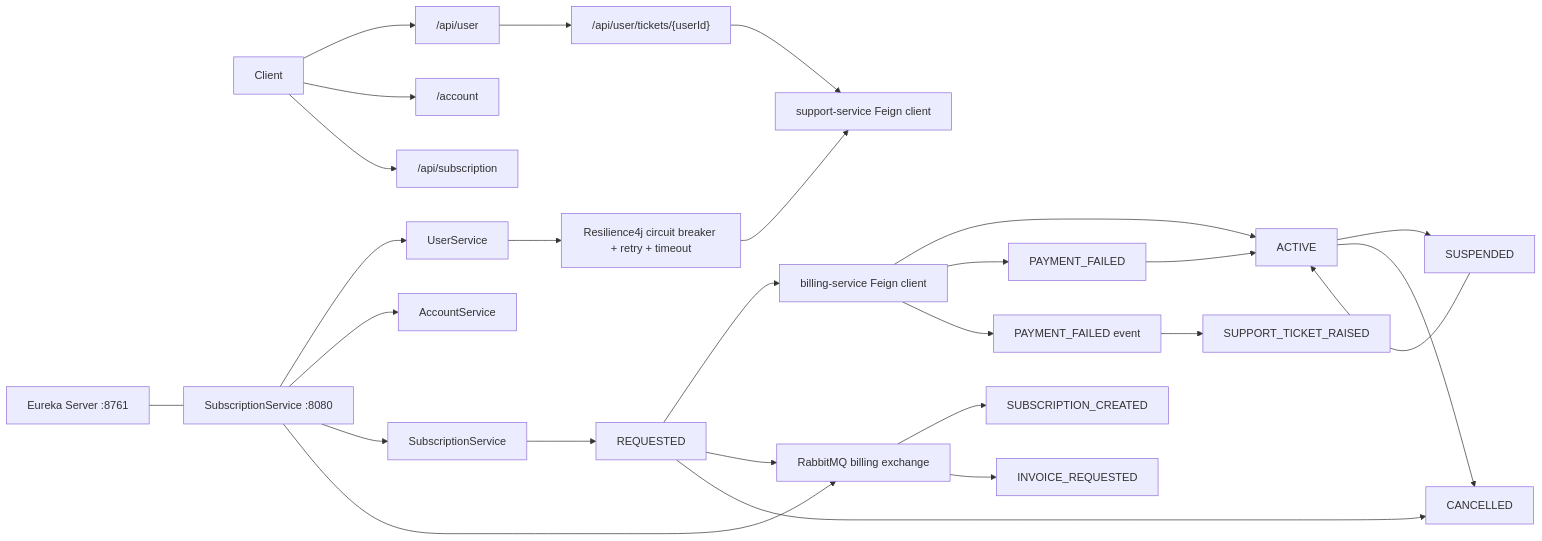
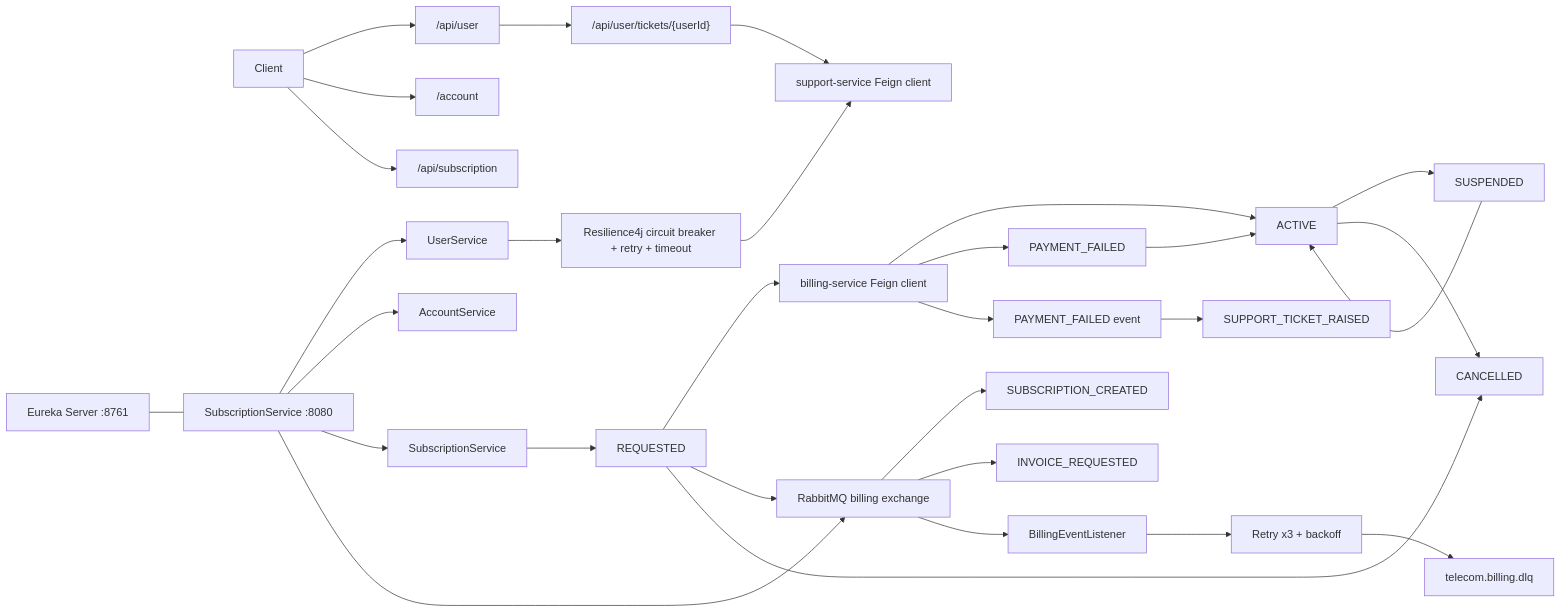
One commit to byte2code/telecom-subscription-service changed the diagram in README.md. Above: the diagram before and after it, drawn with Mermaid. The commit also changed other lines of this file and 6 other files, not shown here.

Commit message:
Add RabbitMQ retry and DLQ handling

````diff
--- a/README.md
+++ b/README.md
@@ -218,31 +236,34 @@
 ```mermaid
 flowchart LR
     Client[Client] --> UserAPI["/api/user"]
     Client --> AccountAPI["/account"]
     Client --> SubAPI["/api/subscription"]
 
     Eureka["Eureka Server :8761"] --- App["SubscriptionService :8080"]
     App --> UserService["UserService"]
     App --> AccountService["AccountService"]
     App --> SubService["SubscriptionService"]
     App --> Rabbit["RabbitMQ billing exchange"]
 
     SubService --> Requested["REQUESTED"]
     Requested --> BillingClient["billing-service Feign client"]
     Requested --> Rabbit
     Rabbit --> Created["SUBSCRIPTION_CREATED"]
     Rabbit --> Invoice["INVOICE_REQUESTED"]
+    Rabbit --> Listener["BillingEventListener"]
+    Listener --> Retry["Retry x3 + backoff"]
+    Retry --> DLQ["telecom.billing.dlq"]
     BillingClient --> Active["ACTIVE"]
     BillingClient --> PaymentFailed["PAYMENT_FAILED"]
     BillingClient --> FailedEvent["PAYMENT_FAILED event"]
     FailedEvent --> SupportEvent["SUPPORT_TICKET_RAISED"]
     Active --> Suspended["SUSPENDED"]
     Suspended --> Active
     Active --> Cancelled["CANCELLED"]
     Requested --> Cancelled
     PaymentFailed --> Active
     UserService --> Resilience["Resilience4j circuit breaker + retry + timeout"]
     Resilience --> SupportClient["support-service Feign client"]
     UserAPI --> Tickets["/api/user/tickets/{userId}"]
     Tickets --> SupportClient
 ```
````
